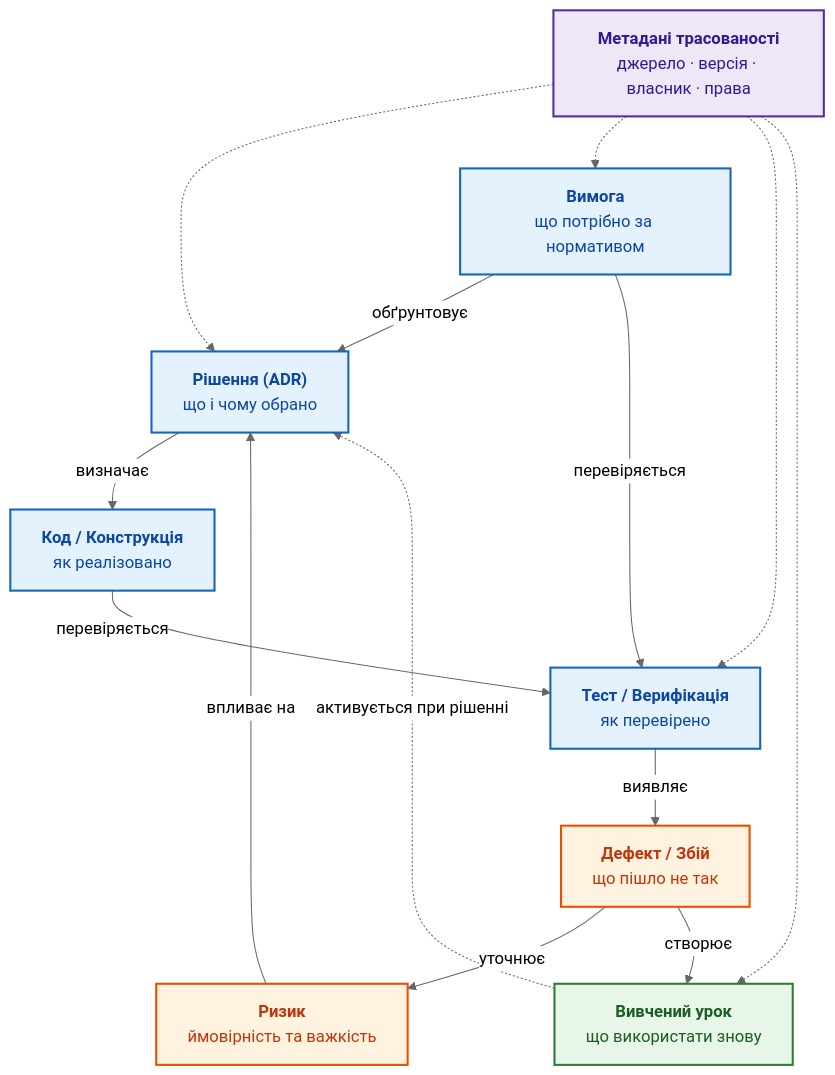
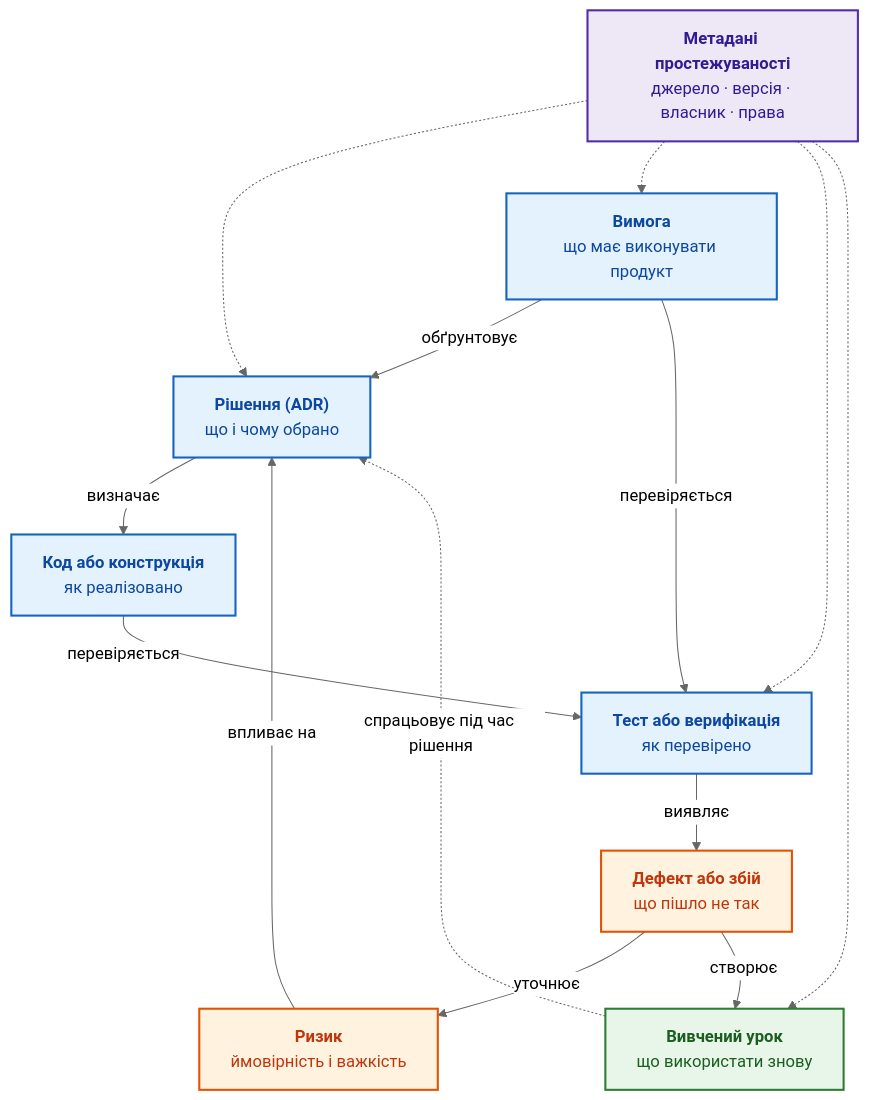
One commit to nick-fedchik/articles changed the third of 4 diagrams in ExpertSystem/ch05-triad-of-trust-and-corporate-memory.md. Above: the diagram before and after it, drawn with Mermaid (neutral theme). The commit also changed other lines of this file, not shown here.

````diff
--- a/ExpertSystem/ch05-triad-of-trust-and-corporate-memory.md
+++ b/ExpertSystem/ch05-triad-of-trust-and-corporate-memory.md
@@ -374,38 +322,38 @@
 ```mermaid
 flowchart TB
-    accTitle: Організаційна пам'ять як мережа пов'язаних знань
-    accDescr: Рішення пов'язане з вимогами, кодом, тестами, дефектами, ризиками та вивченими уроками; кожний зв'язок веде до джерела, версії й відповідального.
+    accTitle: Корпоративна пам'ять як мережа пов'язаних знань
+    accDescr: Рішення пов'язане з вимогами, кодом, тестами, дефектами, ризиками та вивченими уроками, а метадані простежуваності додають кожному артефакту джерело, версію, власника й права доступу.
 
     DEC["<b>Рішення (ADR)</b><br/>що і чому обрано"]
-    REQ["<b>Вимога</b><br/>що потрібно за нормативом"]
-    CODE["<b>Код / Конструкція</b><br/>як реалізовано"]
-    TEST["<b>Тест / Верифікація</b><br/>як перевірено"]
-    DEF["<b>Дефект / Збій</b><br/>що пішло не так"]
-    RISK["<b>Ризик</b><br/>ймовірність та важкість"]
+    REQ["<b>Вимога</b><br/>що має виконувати продукт"]
+    CODE["<b>Код або конструкція</b><br/>як реалізовано"]
+    TEST["<b>Тест або верифікація</b><br/>як перевірено"]
+    DEF["<b>Дефект або збій</b><br/>що пішло не так"]
+    RISK["<b>Ризик</b><br/>ймовірність і важкість"]
     LES["<b>Вивчений урок</b><br/>що використати знову"]
-    META["<b>Метадані трасованості</b><br/>джерело · версія · власник · права"]
+    META["<b>Метадані простежуваності</b><br/>джерело · версія · власник · права"]
 
     REQ -->|"обґрунтовує"| DEC
     DEC -->|"визначає"| CODE
     REQ -->|"перевіряється"| TEST
     CODE -->|"перевіряється"| TEST
     TEST -->|"виявляє"| DEF
     DEF -->|"уточнює"| RISK
     RISK -->|"впливає на"| DEC
     DEF -->|"створює"| LES
-    LES -.->|"активується при рішенні"| DEC
+    LES -.->|"спрацьовує під час рішення"| DEC
     META -.-> DEC
     META -.-> REQ
     META -.-> TEST
     META -.-> LES
 
     classDef art fill:#e3f2fd,stroke:#1565c0,stroke-width:2px,color:#0d47a1;
     classDef warn fill:#fff3e0,stroke:#e65100,stroke-width:2px,color:#bf360c;
     classDef meta fill:#ede7f6,stroke:#512da8,stroke-width:2px,color:#311b92;
     classDef good fill:#e8f5e9,stroke:#2e7d32,stroke-width:2px,color:#1b5e20;
 
     class DEC,REQ,CODE,TEST art;
     class DEF,RISK warn;
     class META meta;
     class LES good;
 ```
````
